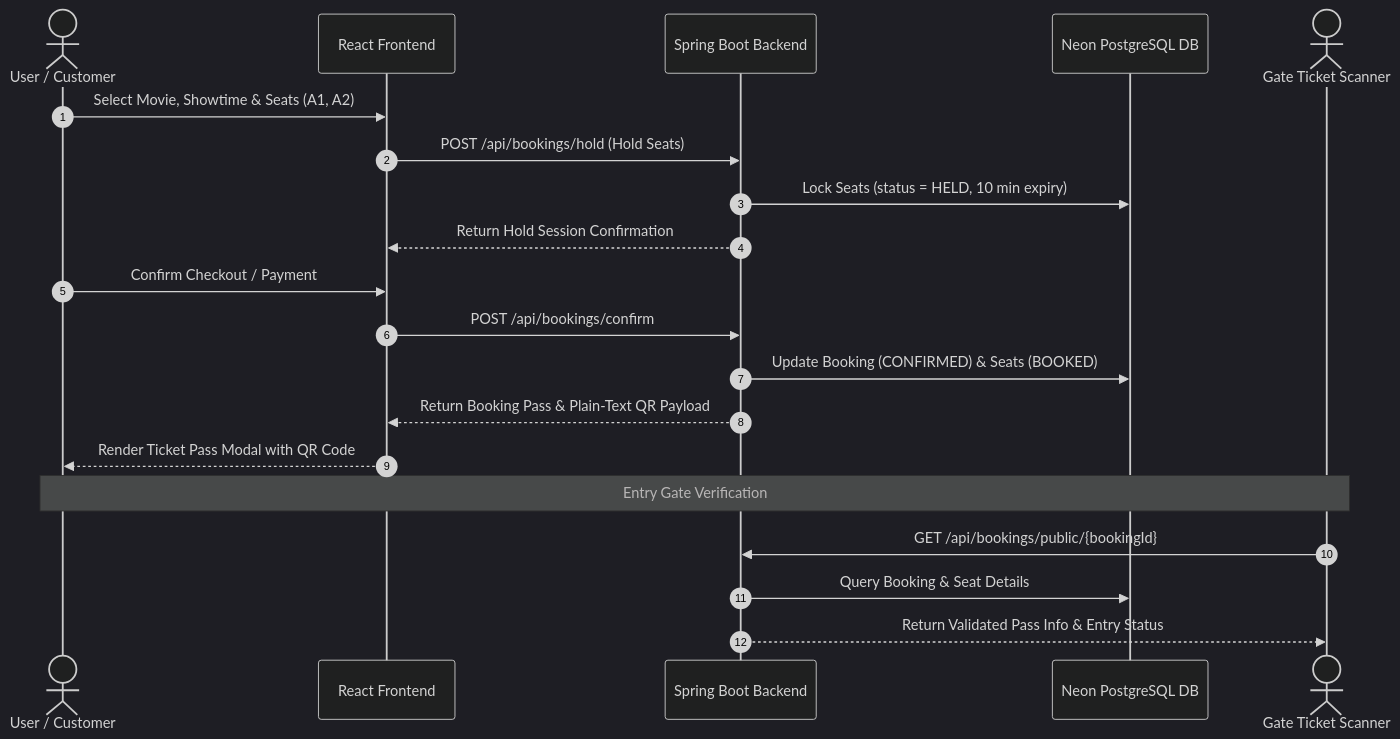
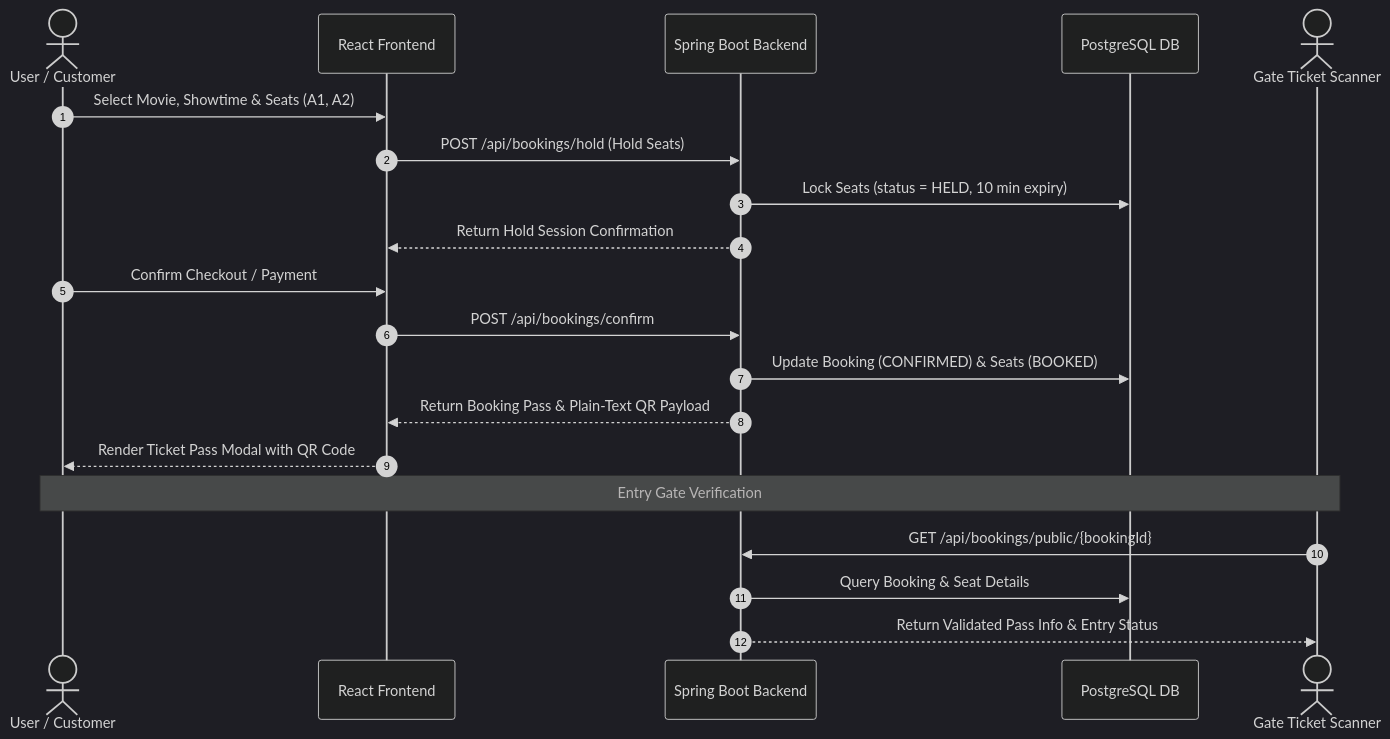
The third of 4 diagrams in README.md (RishiRaj0128/Cinebook-Movie-Booking-Platform_Rishi_Raj), drawn with Mermaid (dark theme) before and after one commit. The commit also changed other lines of this file and 1 other file, not shown here.

Commit message:
fix(docs, security): standardize README mermaid diagrams and TOC anchors, fix OSV-scanner invocation and SARIF emission (#58)

````diff
--- a/README.md
+++ b/README.md
@@ -223,24 +223,24 @@
 ```mermaid
 sequenceDiagram
     autonumber
     actor User as User / Customer
     participant FE as React Frontend
     participant BE as Spring Boot Backend
-    participant DB as Neon PostgreSQL DB
+    participant DB as PostgreSQL DB
     actor Gate as Gate Ticket Scanner
 
     User->>FE: Select Movie, Showtime & Seats (A1, A2)
     FE->>BE: POST /api/bookings/hold (Hold Seats)
     BE->>DB: Lock Seats (status = HELD, 10 min expiry)
     BE-->>FE: Return Hold Session Confirmation
     User->>FE: Confirm Checkout / Payment
     FE->>BE: POST /api/bookings/confirm
     BE->>DB: Update Booking (CONFIRMED) & Seats (BOOKED)
     BE-->>FE: Return Booking Pass & Plain-Text QR Payload
     FE-->>User: Render Ticket Pass Modal with QR Code
 
     Note over User,Gate: Entry Gate Verification
     Gate->>BE: GET /api/bookings/public/{bookingId}
     BE->>DB: Query Booking & Seat Details
     BE-->>Gate: Return Validated Pass Info & Entry Status
 ```
````
